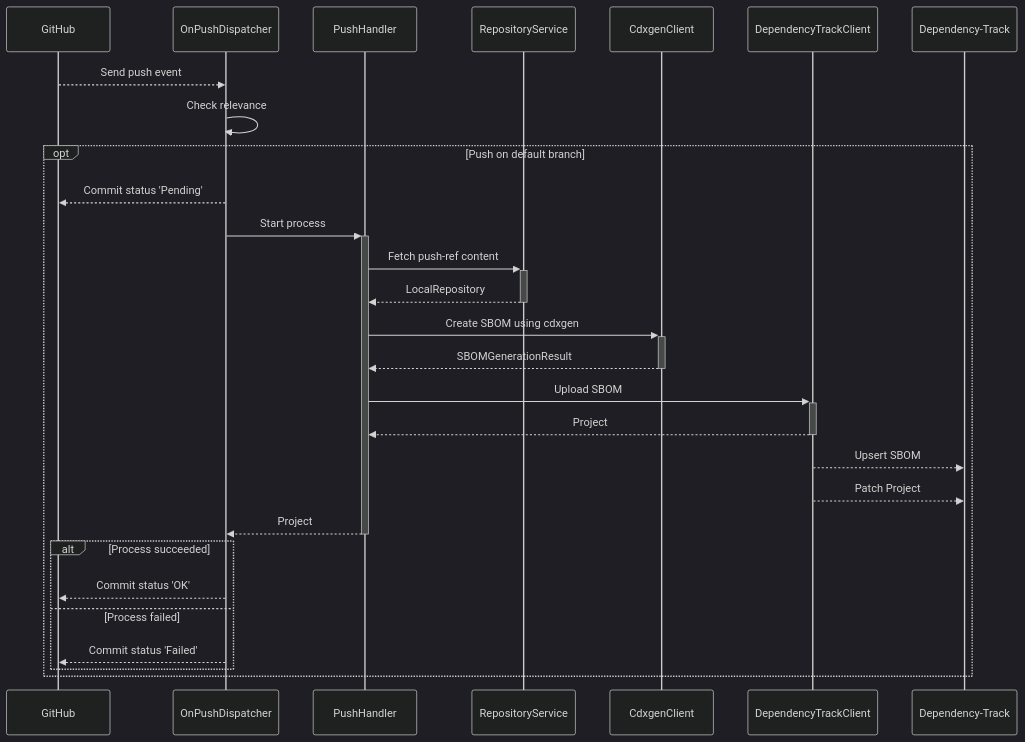
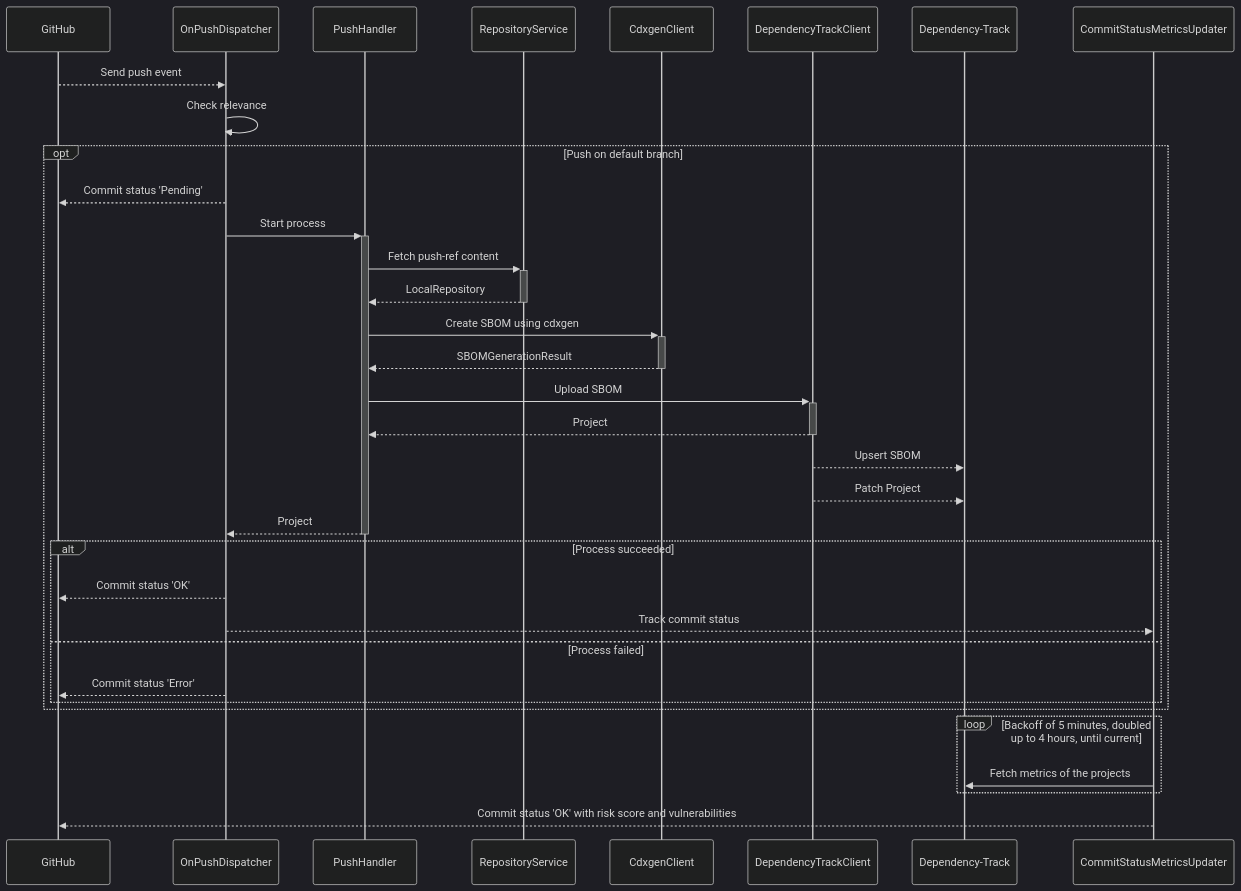
One commit to MediaMarktSaturn/technolinator changed the first of 3 diagrams in docs/Project_Structure.md. Above: the diagram before and after it, drawn with Mermaid (dark theme). The commit also changed other lines of this file and 34 other files, not shown here.

Commit message:
feat: Rework commit status and update metrics from dtrack

````diff
--- a/docs/Project_Structure.md
+++ b/docs/Project_Structure.md
@@ -7,33 +7,39 @@
 ```mermaid
 sequenceDiagram
 
     GitHub -->> OnPushDispatcher: Send push event
     OnPushDispatcher ->> OnPushDispatcher: Check relevance
 
     opt Push on default branch
 
         OnPushDispatcher -->> GitHub: Commit status 'Pending'
         OnPushDispatcher ->>+ PushHandler: Start process
 
         PushHandler ->>+ RepositoryService: Fetch push-ref content
         RepositoryService -->>- PushHandler: LocalRepository
 
         PushHandler ->>+ CdxgenClient: Create SBOM using cdxgen
         CdxgenClient -->>- PushHandler: SBOMGenerationResult
 
         PushHandler ->>+ DependencyTrackClient: Upload SBOM
         DependencyTrackClient -->>- PushHandler: Project
 
         DependencyTrackClient -->> Dependency-Track: Upsert SBOM
         DependencyTrackClient -->> Dependency-Track: Patch Project
 
         PushHandler -->>- OnPushDispatcher: Project
 
         alt Process succeeded
             OnPushDispatcher -->> GitHub: Commit status 'OK'
+            OnPushDispatcher -->> CommitStatusMetricsUpdater: Track commit status
         else Process failed
-            OnPushDispatcher -->> GitHub: Commit status 'Failed'
+            OnPushDispatcher -->> GitHub: Commit status 'Error'
         end
 
     end
+
+    loop Backoff of 5 minutes, doubled up to 4 hours, until current
+        CommitStatusMetricsUpdater ->> Dependency-Track: Fetch metrics of the projects
+    end
+    CommitStatusMetricsUpdater -->> GitHub: Commit status 'OK' with risk score and vulnerabilities
 ```
````
